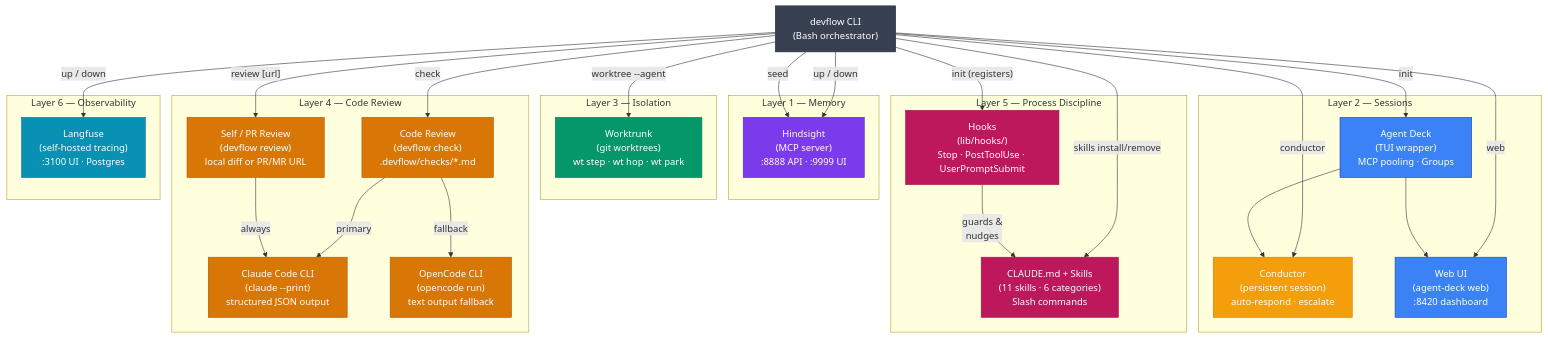
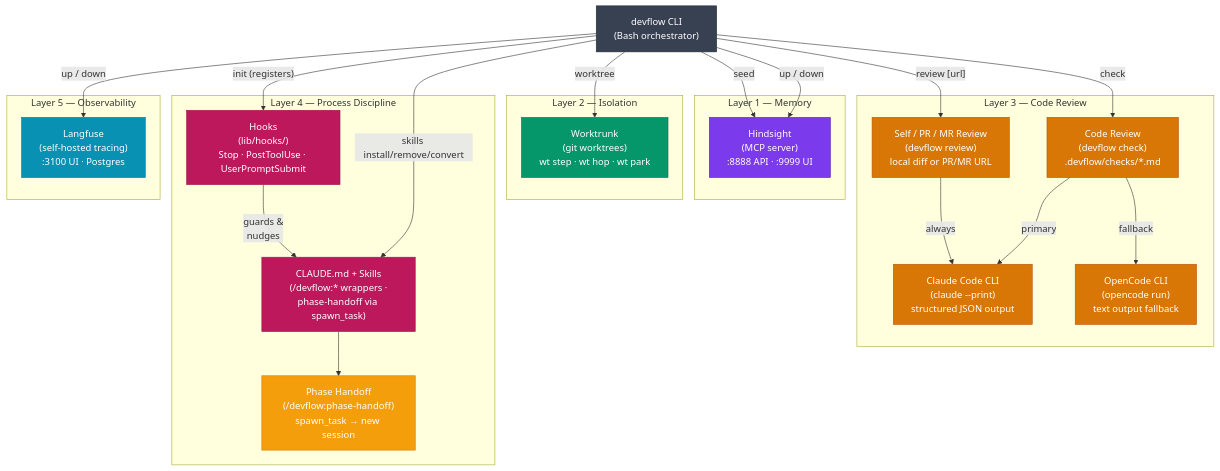
One commit to AndreJorgeLopes/devflow changed the first of 3 diagrams in visualizations/architecture/devflow-ecosystem.md. Above: the diagram before and after it, drawn with Mermaid. The commit also changed other lines of this file and 30 other files, not shown here.

Commit message:
refactor(docs+tasks+viz): purge agent-deck/superpowers refs; align with /devflow:* wrapper convention (#35)

````diff
--- a/visualizations/architecture/devflow-ecosystem.md
+++ b/visualizations/architecture/devflow-ecosystem.md
@@ -27,72 +26,60 @@
 ```mermaid
 %%{init: {'flowchart': {'rankSpacing': 50, 'nodeSpacing': 30, 'diagramPadding': 15}}}%%
 graph TD
     CLI["devflow CLI<br/>(Bash orchestrator)"]
 
     subgraph L1 [" Layer 1 — Memory "]
         HS["Hindsight<br/>(MCP server)<br/>:8888 API · :9999 UI"]
     end
 
-    subgraph L2 [" Layer 2 — Sessions "]
-        AD["Agent Deck<br/>(TUI wrapper)<br/>MCP pooling · Groups"]
-        COND["Conductor<br/>(persistent session)<br/>auto-respond · escalate"]
-        WEB["Web UI<br/>(agent-deck web)<br/>:8420 dashboard"]
-    end
-
-    subgraph L3 [" Layer 3 — Isolation "]
+    subgraph L2 [" Layer 2 — Isolation "]
         WT["Worktrunk<br/>(git worktrees)<br/>wt step · wt hop · wt park"]
     end
 
-    subgraph L4 [" Layer 4 — Code Review "]
+    subgraph L3 [" Layer 3 — Code Review "]
         CR["Code Review<br/>(devflow check)<br/>.devflow/checks/*.md"]
-        RV["Self / PR Review<br/>(devflow review)<br/>local diff or PR/MR URL"]
+        RV["Self / PR / MR Review<br/>(devflow review)<br/>local diff or PR/MR URL"]
         CR_CLAUDE["Claude Code CLI<br/>(claude --print)<br/>structured JSON output"]
         CR_OPENCODE["OpenCode CLI<br/>(opencode run)<br/>text output fallback"]
         CR -->|"primary"| CR_CLAUDE
         CR -->|"fallback"| CR_OPENCODE
         RV -->|"always"| CR_CLAUDE
     end
 
-    subgraph L5 [" Layer 5 — Process Discipline "]
-        SK["CLAUDE.md + Skills<br/>(11 skills · 6 categories)<br/>Slash commands"]
+    subgraph L4 [" Layer 4 — Process Discipline "]
+        SK["CLAUDE.md + Skills<br/>(/devflow:* wrappers ·<br/>phase-handoff via spawn_task)"]
         HK["Hooks<br/>(lib/hooks/)<br/>Stop · PostToolUse · UserPromptSubmit"]
+        PH["Phase Handoff<br/>(/devflow:phase-handoff)<br/>spawn_task → new session"]
     end
 
-    subgraph L6 [" Layer 6 — Observability "]
+    subgraph L5 [" Layer 5 — Observability "]
         LF["Langfuse<br/>(self-hosted tracing)<br/>:3100 UI · Postgres"]
     end
 
     CLI -->|"up / down"| HS
     CLI -->|"up / down"| LF
-    CLI -->|"worktree --agent"| WT
+    CLI -->|"worktree <ticket>"| WT
     CLI -->|"check"| CR
     CLI -->|"review [url]"| RV
-    CLI -->|"skills install/remove"| SK
+    CLI -->|"skills install/remove/convert"| SK
     CLI -->|"init (registers)"| HK
     HK -->|"guards &<br/>nudges"| SK
+    SK --> PH
     CLI -->|"seed"| HS
-    CLI -->|"init"| AD
-    CLI -->|"conductor"| COND
-    CLI -->|"web"| WEB
-    AD --> COND
-    AD --> WEB
 
     classDef hindsightStyle fill:#7c3aed,color:#fff,stroke:#5b21b6
-    classDef agentDeckStyle fill:#3b82f6,color:#fff,stroke:#1e40af
     classDef worktrunkStyle fill:#059669,color:#fff,stroke:#047857
     classDef reviewStyle fill:#d97706,color:#fff,stroke:#b45309
     classDef skillsStyle fill:#be185d,color:#fff,stroke:#9d174d
     classDef langfuseStyle fill:#0891b2,color:#fff,stroke:#0e7490
     classDef cliStyle fill:#374151,color:#fff,stroke:#1f2937
-    classDef conductorStyle fill:#f59e0b,color:#fff,stroke:#d97706
+    classDef handoffStyle fill:#f59e0b,color:#fff,stroke:#d97706
 
     class HS hindsightStyle
-    class AD agentDeckStyle
     class WT worktrunkStyle
     class CR,RV,CR_CLAUDE,CR_OPENCODE reviewStyle
     class SK,HK skillsStyle
+    class PH handoffStyle
     class LF langfuseStyle
     class CLI cliStyle
-    class COND conductorStyle
-    class WEB agentDeckStyle
 ```
````
